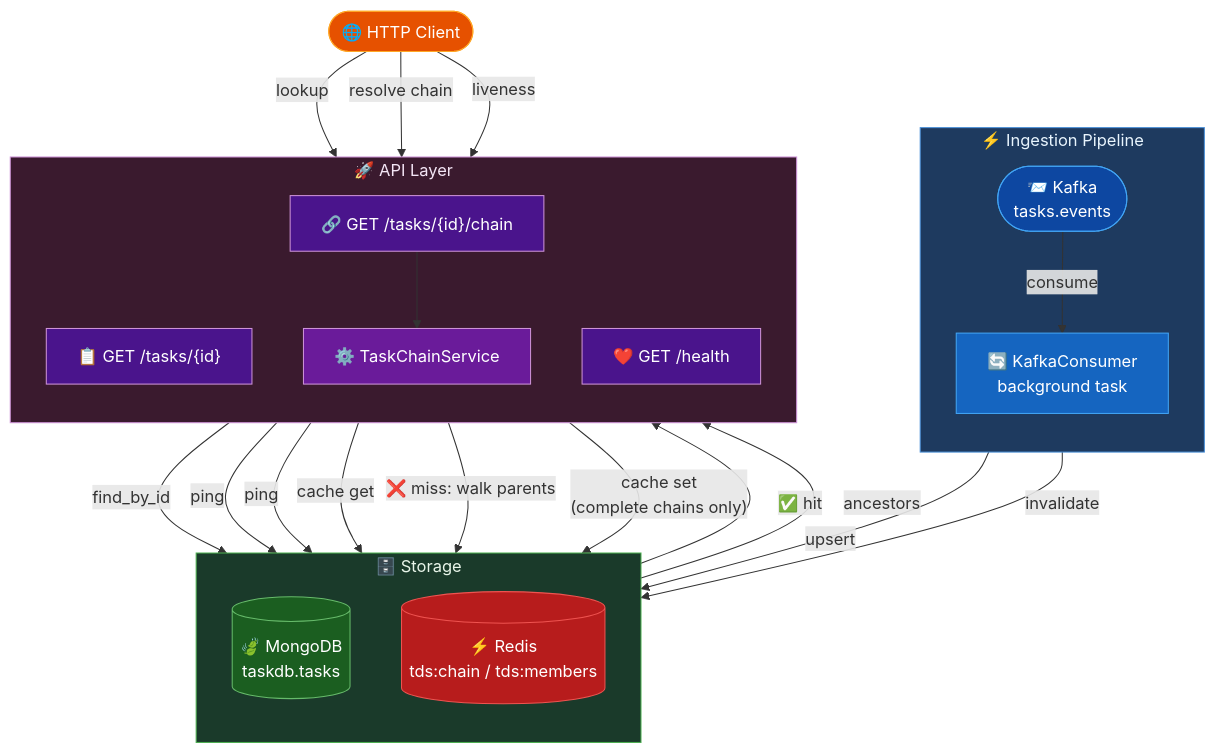
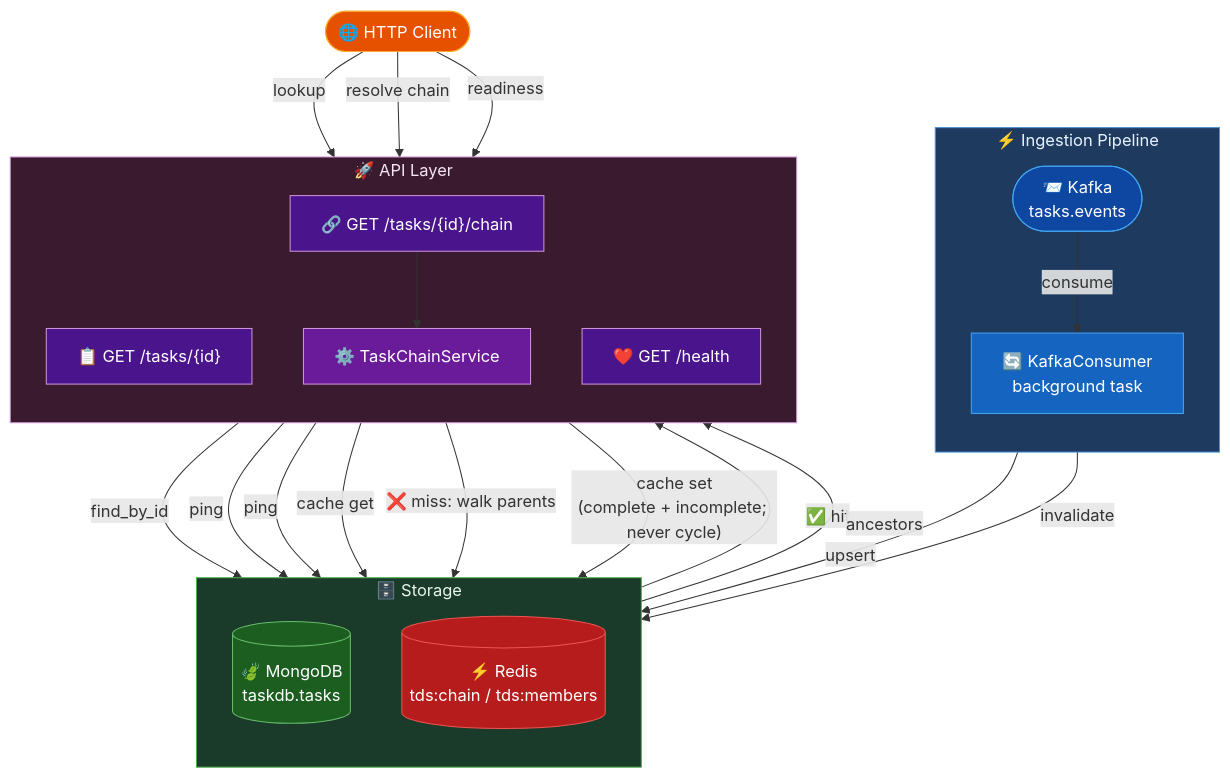
One commit to anastasiya315510/task-dependency-service changed the diagram in README.md. Above: the diagram before and after it, drawn with Mermaid. The commit also changed other lines of this file and 27 other files, not shown here.

````diff
--- a/README.md
+++ b/README.md
@@ -16,57 +16,57 @@
 ```mermaid
 flowchart TD
     HTTP(["🌐 HTTP Client"])
 
     subgraph INGEST ["⚡ Ingestion Pipeline"]
         direction TB
         K(["📨 Kafka\ntasks.events"])
         C["🔄 KafkaConsumer\nbackground task"]
         K -->|consume| C
     end
 
     subgraph STORE ["🗄️ Storage"]
         direction TB
         M[("🍃 MongoDB\ntaskdb.tasks")]
         R[("⚡ Redis\ntds:chain / tds:members")]
     end
 
     subgraph API ["🚀 API Layer"]
         direction TB
         RT["📋 GET /tasks/{id}"]
         RC["🔗 GET /tasks/{id}/chain"]
         RH["❤️ GET /health"]
         SVC["⚙️ TaskChainService"]
         RC --> SVC
     end
 
     C -->|upsert| M
     C -->|invalidate| R
 
     HTTP -->|lookup| RT
     HTTP -->|resolve chain| RC
-    HTTP -->|liveness| RH
+    HTTP -->|readiness| RH
 
     RT -->|find_by_id| M
     RH -->|ping| M
     RH -->|ping| R
 
     SVC -->|cache get| R
     R -->|"✅ hit"| SVC
     SVC -->|"❌ miss: walk parents"| M
     M -->|ancestors| SVC
-    SVC -->|"cache set\n(complete chains only)"| R
+    SVC -->|"cache set\n(complete + incomplete; never cycle)"| R
 
     style INGEST fill:#1e3a5f,stroke:#4a90d9,color:#e8f4fd
     style STORE  fill:#1a3a2a,stroke:#4caf50,color:#e8f5e9
     style API    fill:#3a1a2e,stroke:#ce93d8,color:#f3e5f5
 
     style K  fill:#0d47a1,stroke:#42a5f5,color:#fff
     style C  fill:#1565c0,stroke:#42a5f5,color:#fff
     style M  fill:#1b5e20,stroke:#66bb6a,color:#fff
     style R  fill:#b71c1c,stroke:#ef5350,color:#fff
     style RT fill:#4a148c,stroke:#ce93d8,color:#fff
     style RC fill:#4a148c,stroke:#ce93d8,color:#fff
     style SVC fill:#6a1b9a,stroke:#ce93d8,color:#fff
     style RH  fill:#4a148c,stroke:#ce93d8,color:#fff
     style HTTP fill:#e65100,stroke:#ffa726,color:#fff
 ```
````
